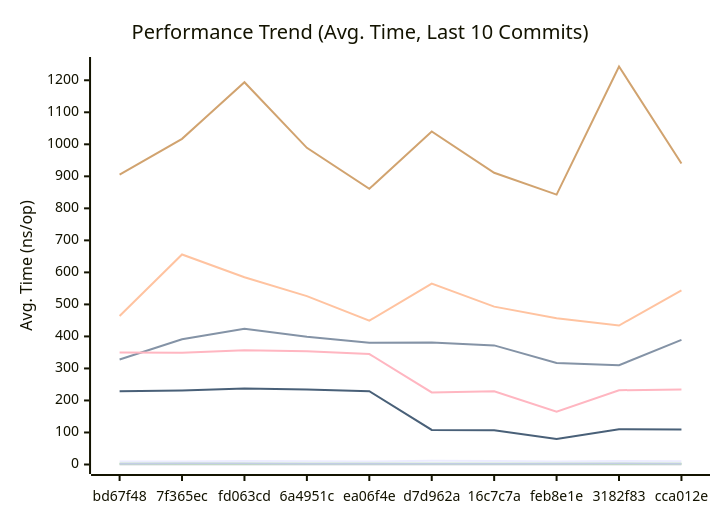
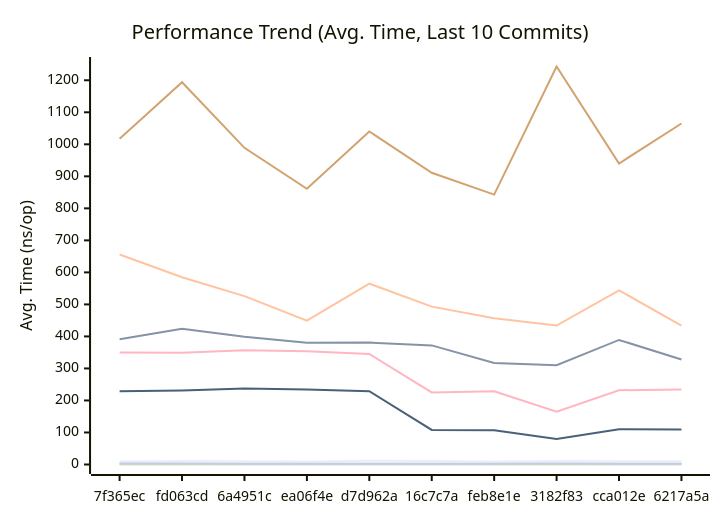
One commit to alsotoes/momo changed the first of 3 diagrams in docs/PERFORMANCE.md. Above: the diagram before and after it, drawn with Mermaid. The commit also changed other lines of this file and 3 other files, not shown here.

````diff
--- a/docs/PERFORMANCE.md
+++ b/docs/PERFORMANCE.md
@@ -80,16 +80,16 @@
 ```mermaid
 xychart-beta
     title "Performance Trend (Avg. Time, Last 10 Commits)"
     x-axis "Commit"
     y-axis "Avg. Time (ns/op)"
-    x-axis [bd67f48,7f365ec,fd063cd,6a4951c,ea06f4e,d7d962a,16c7c7a,feb8e1e,3182f83,cca012e]
-    line "CheckMetricsAndSwap" [9,9,11,10,9,12,11,9,11,10]
-    line "CrushOptimized" [328,391,424,399,380,381,372,317,310,389]
-    line "CrushOriginal" [464,656,585,526,449,565,493,457,434,544]
+    x-axis [7f365ec,fd063cd,6a4951c,ea06f4e,d7d962a,16c7c7a,feb8e1e,3182f83,cca012e,6217a5a]
+    line "CheckMetricsAndSwap" [9,11,10,9,12,11,9,11,10,10]
+    line "CrushOptimized" [391,424,399,380,381,372,317,310,389,328]
+    line "CrushOriginal" [656,585,526,449,565,493,457,434,544,434]
     line "IndexDirectTracking" [0,0,0,0,0,0,0,0,0,0]
     line "IndexSearch" [2,2,2,2,2,2,2,2,2,2]
-    line "LoadGlobalConfig" [905,1017,1194,989,861,1040,911,843,1243,940]
-    line "PadString" [2,3,3,2,2,2,2,2,3,2]
+    line "LoadGlobalConfig" [1017,1194,989,861,1040,911,843,1243,940,1065]
+    line "PadString" [3,3,2,2,2,2,2,3,2,2]
     line "ParseReplicationOrder_NoPrealloc" [350,349,357,354,345,225,229,165,232,234]
     line "ParseReplicationOrder_Prealloc" [229,231,237,234,229,108,107,80,110,109]
 ```
````
